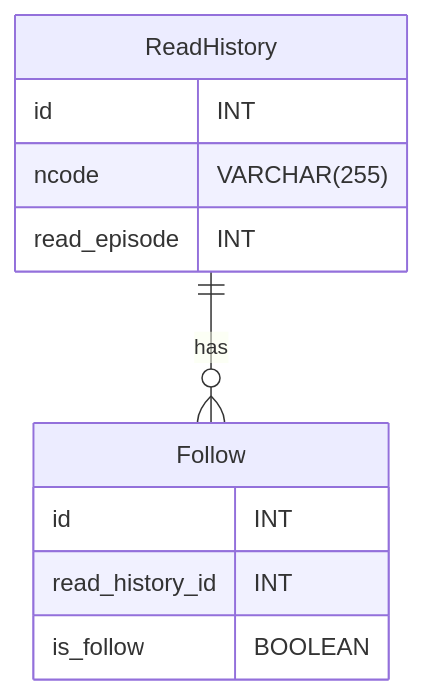
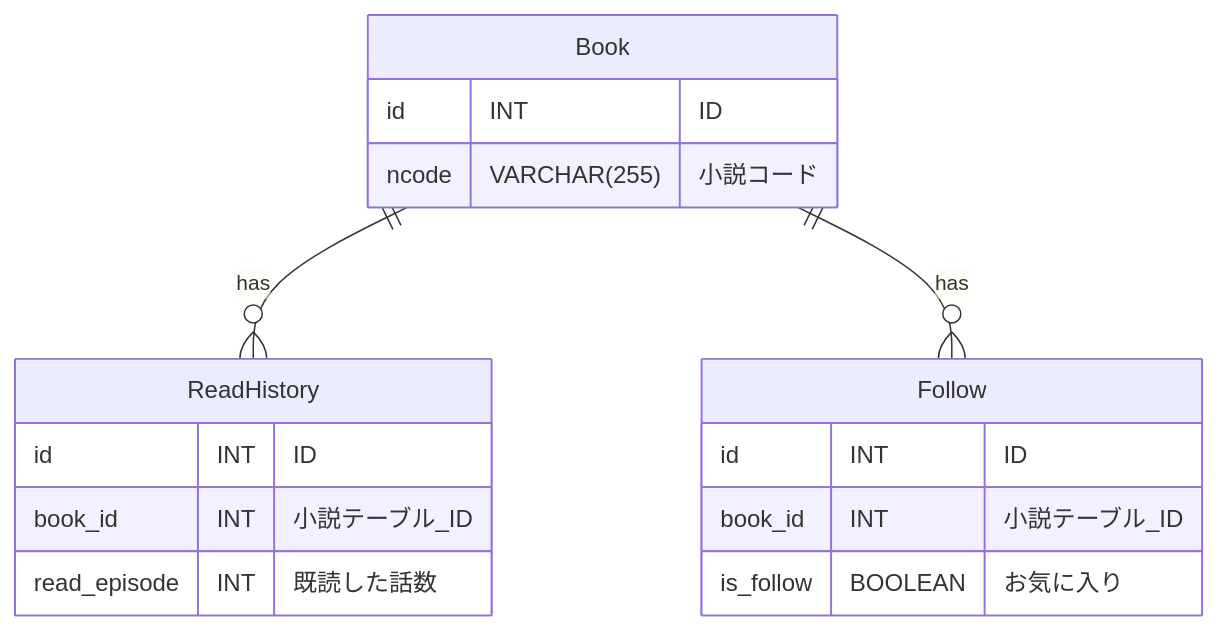
The diagram in docs/erd.md (watame/mobile_web_novel_reader), drawn with Mermaid before and after one commit. The commit also changed other lines of this file, not shown here.

Commit message:
bookテーブルの追加に伴ったDB仕様の変更

````diff
--- a/docs/erd.md
+++ b/docs/erd.md
@@ -11,15 +11,19 @@
 ```mermaid
 erDiagram
+    Book {
+        id INT "ID"
+        ncode VARCHAR(255) "小説コード"
+    }
     ReadHistory {
-        id INT
-        ncode VARCHAR(255)
-        read_episode INT
+        id INT "ID"
+        book_id INT "小説テーブル_ID"
+        read_episode INT "既読した話数"
     }
     Follow {
-        id INT
-        read_history_id INT
-        is_follow BOOLEAN
+        id INT "ID"
+        book_id INT "小説テーブル_ID"
+        is_follow BOOLEAN "お気に入り"
     }
-    ReadHistory ||--o{ Follow : "has"
-
+    Book ||--o{ ReadHistory : "has"
+    Book ||--o{ Follow : "has"
 ```
````
